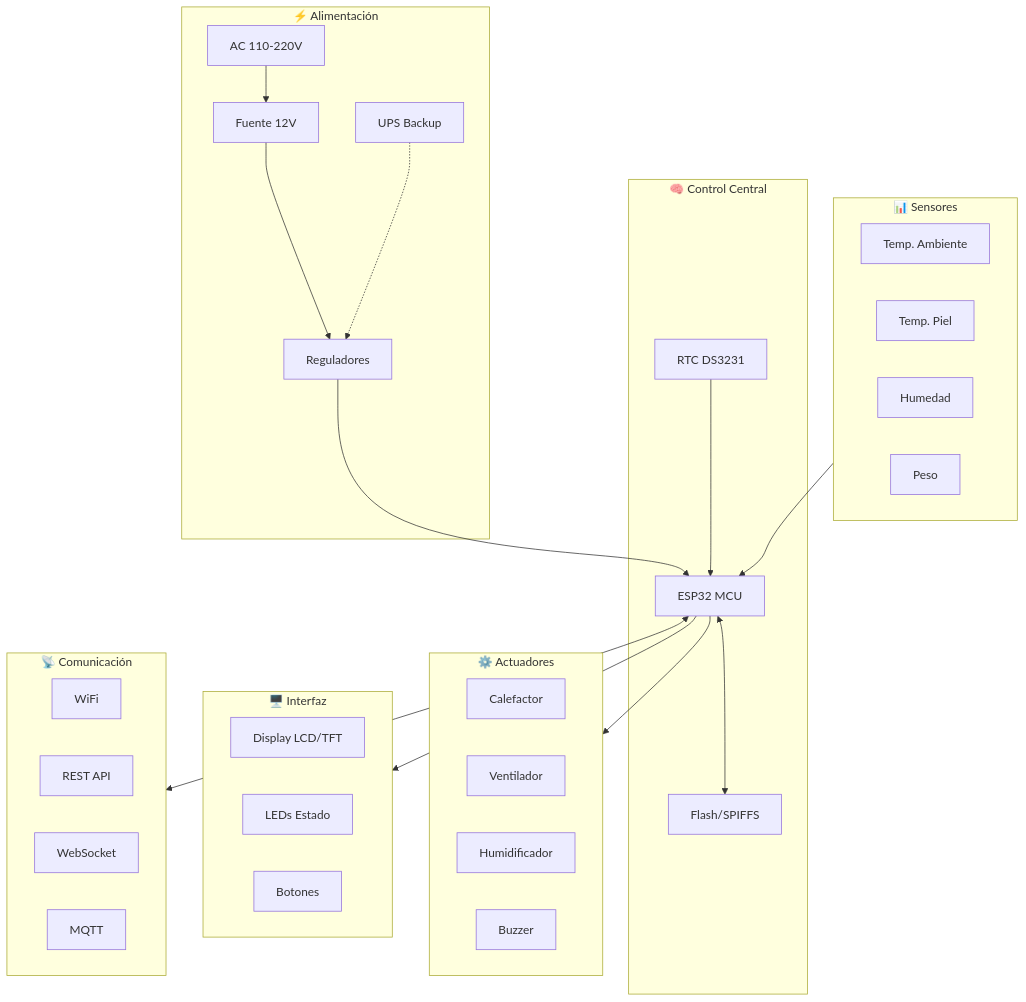
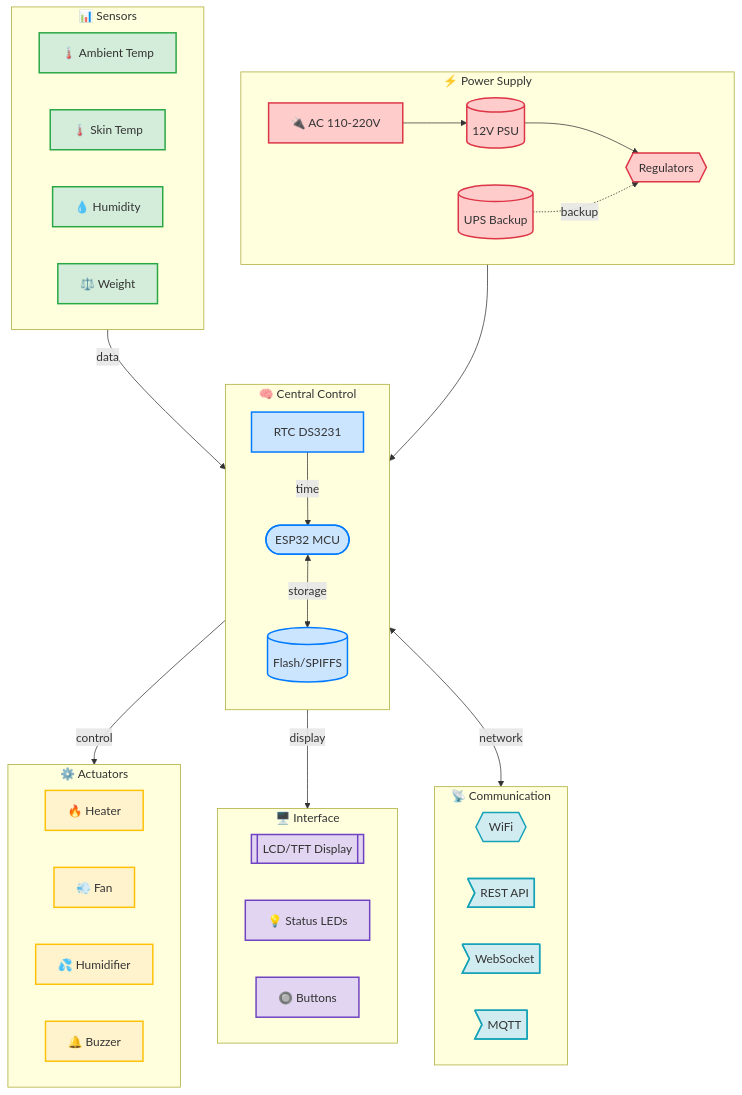
Before and after one commit to medicalopenworld/IncuNest-Docs: the first of 3 diagrams in docs/i18n/en/docusaurus-plugin-content-docs/version-14.12/architecture/overview.md, drawn with Mermaid. The commit also changed other lines of this file and 4 other files, not shown here.

Commit message:
Update English translations with beautiful mermaid diagrams

````diff
--- a/docs/i18n/en/docusaurus-plugin-content-docs/version-14.12/architecture/overview.md
+++ b/docs/i18n/en/docusaurus-plugin-content-docs/version-14.12/architecture/overview.md
@@ -17,52 +17,72 @@
 ```mermaid
-flowchart TB
-    subgraph POWER["⚡ Alimentación"]
-        AC[AC 110-220V]
-        PSU[Fuente 12V]
-        REG[Reguladores]
-        UPS[UPS Backup]
+graph TB
+    subgraph POWER ["⚡ Power Supply"]
+        direction LR
+        AC[🔌 AC 110-220V]
+        PSU[(12V PSU)]
+        REG{{Regulators}}
+        UPS[(UPS Backup)]
     end
     
-    subgraph CONTROL["🧠 Control Central"]
-        ESP32[ESP32 MCU]
-        FLASH[Flash/SPIFFS]
+    subgraph CONTROL ["🧠 Central Control"]
+        direction TB
+        ESP32([ESP32 MCU])
+        FLASH[(Flash/SPIFFS)]
         RTC[RTC DS3231]
     end
     
-    subgraph SENSORS["📊 Sensores"]
-        TEMP1[Temp. Ambiente]
-        TEMP2[Temp. Piel]
-        HUM[Humedad]
-        WEIGHT[Peso]
+    subgraph SENSORS ["📊 Sensors"]
+        direction LR
+        TEMP1[🌡️ Ambient Temp]
+        TEMP2[🌡️ Skin Temp]
+        HUM[💧 Humidity]
+        WEIGHT[⚖️ Weight]
     end
     
-    subgraph ACTUATORS["⚙️ Actuadores"]
-        HEATER[Calefactor]
-        FAN[Ventilador]
-        HUMID[Humidificador]
-        BUZZER[Buzzer]
+    subgraph ACTUATORS ["⚙️ Actuators"]
+        direction LR
+        HEATER[🔥 Heater]
+        FAN[💨 Fan]
+        HUMID[💦 Humidifier]
+        BUZZER[🔔 Buzzer]
     end
     
-    subgraph UI["🖥️ Interfaz"]
-        LCD[Display LCD/TFT]
-        LEDS[LEDs Estado]
-        BUTTONS[Botones]
+    subgraph UI ["🖥️ Interface"]
+        direction LR
+        LCD[[LCD/TFT Display]]
+        LEDS[💡 Status LEDs]
+        BUTTONS[🔘 Buttons]
     end
     
-    subgraph COMM["📡 Comunicación"]
-        WIFI[WiFi]
-        API[REST API]
-        WS[WebSocket]
-        MQTT[MQTT]
+    subgraph COMM ["📡 Communication"]
+        direction LR
+        WIFI{{WiFi}}
+        API>REST API]
+        WS>WebSocket]
+        MQTT>MQTT]
     end
     
     AC --> PSU --> REG --> ESP32
-    UPS -.-> REG
+    UPS -.->|backup| REG
     
-    SENSORS --> ESP32
-    ESP32 --> ACTUATORS
-    ESP32 --> UI
-    ESP32 <--> COMM
-    ESP32 <--> FLASH
-    RTC --> ESP32
+    SENSORS -->|data| ESP32
+    ESP32 -->|control| ACTUATORS
+    ESP32 -->|display| UI
+    ESP32 <-->|network| COMM
+    ESP32 <-->|storage| FLASH
+    RTC -->|time| ESP32
+    
+    classDef power fill:#ffcccc,stroke:#dc3545,stroke-width:2px
+    classDef control fill:#cce5ff,stroke:#007bff,stroke-width:2px
+    classDef sensors fill:#d4edda,stroke:#28a745,stroke-width:2px
+    classDef actuators fill:#fff3cd,stroke:#ffc107,stroke-width:2px
+    classDef ui fill:#e2d5f1,stroke:#6f42c1,stroke-width:2px
+    classDef comm fill:#d1ecf1,stroke:#17a2b8,stroke-width:2px
+    
+    class AC,PSU,REG,UPS power
+    class ESP32,FLASH,RTC control
+    class TEMP1,TEMP2,HUM,WEIGHT sensors
+    class HEATER,FAN,HUMID,BUZZER actuators
+    class LCD,LEDS,BUTTONS ui
+    class WIFI,API,WS,MQTT comm
 ```
````
